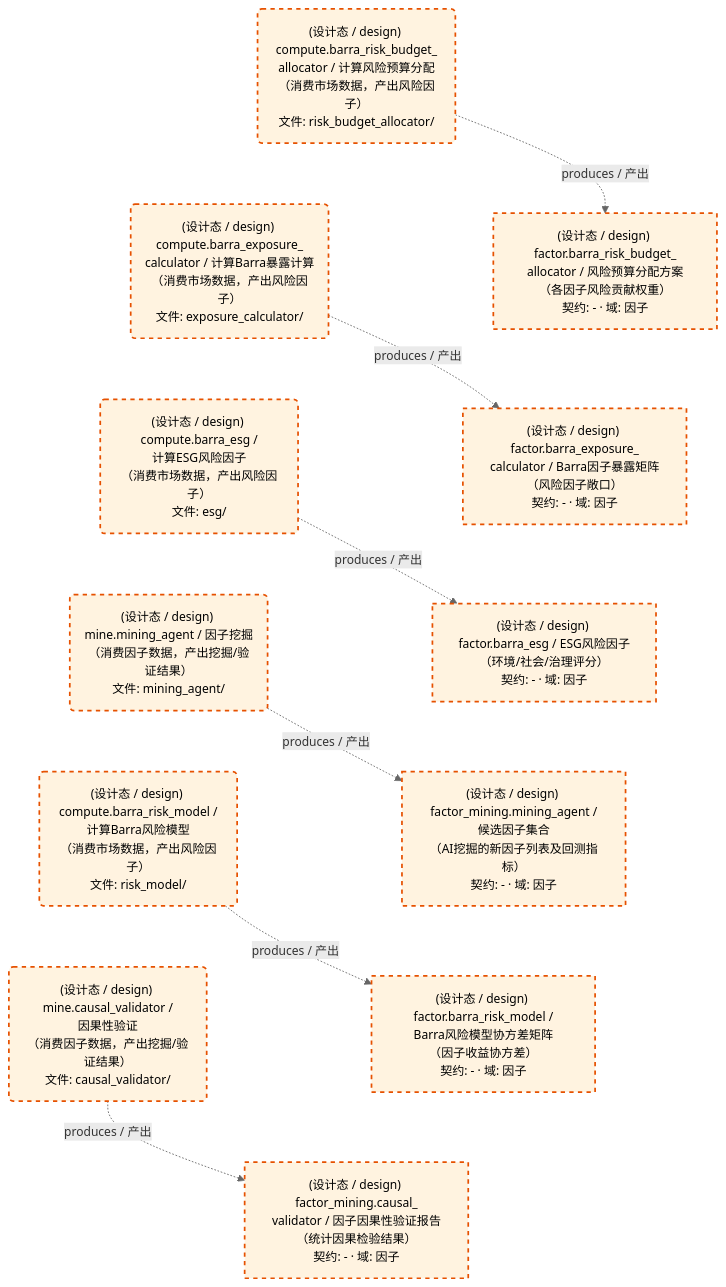
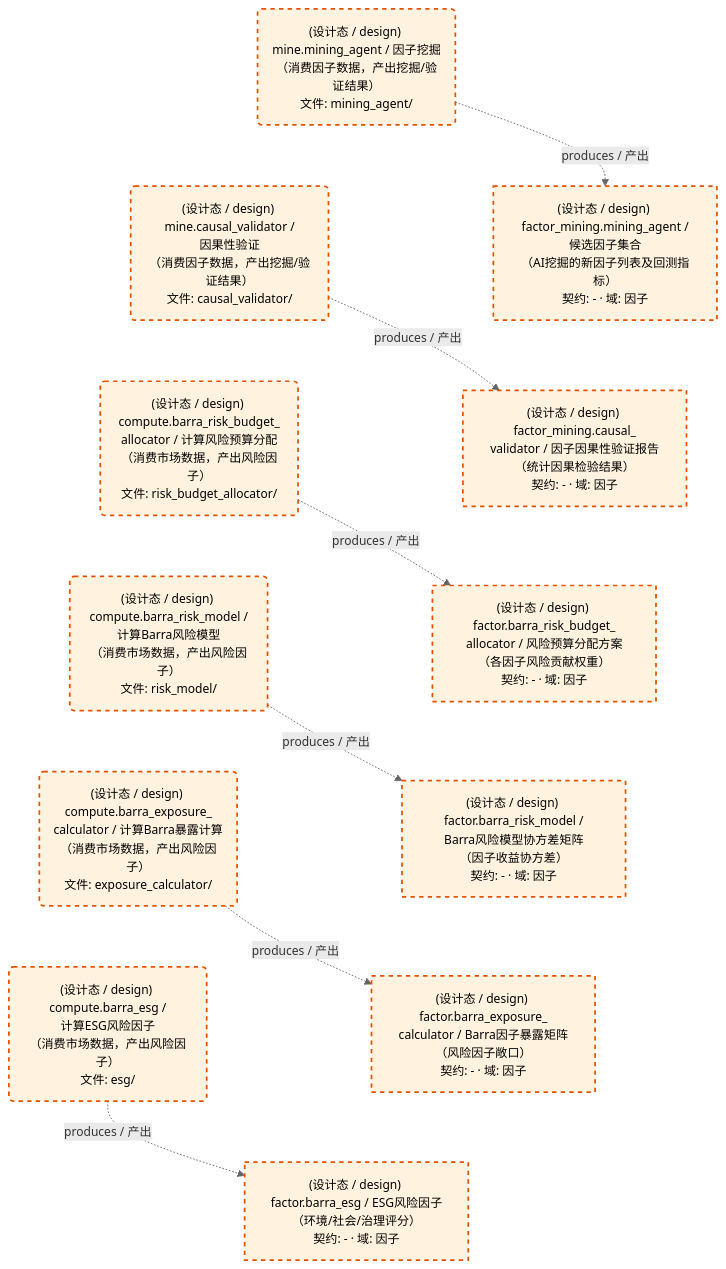
The second of 2 diagrams in docs/02_enterprise_architecture/05_dataflow_architecture/d_factor_barra_mine.md (xuanFelixVan/ZephyrAlpha), drawn with Mermaid before and after one commit. The commit also changed other lines of this file and 13 other files, not shown here.

First line of the commit message:
feat(dataflow): dataflow_production.md → dataflow_panorama.md，运营态+设计态全景一张图看完

````diff
--- a/docs/02_enterprise_architecture/05_dataflow_architecture/d_factor_barra_mine.md
+++ b/docs/02_enterprise_architecture/05_dataflow_architecture/d_factor_barra_mine.md
@@ -95,37 +95,37 @@
 ```mermaid
 %%{init: {'theme': 'base', 'themeVariables': {'primaryColor': '#eaeaea', 'primaryTextColor': '#333333', 'primaryBorderColor': '#666666', 'lineColor': '#666666', 'secondaryColor': '#eaeaea', 'tertiaryColor': '#eaeaea', 'clusterBkg': 'transparent', 'clusterBorder': 'transparent', 'fontSize': '14px'}}}%%
 flowchart TD
     DS11239["(设计态 / design) factor.barra_esg / ESG风险因子<br/>（环境/社会/治理评分）<br/>契约: - · 域: 因子"]
     DS11240["(设计态 / design) factor.barra_exposure_<br/>calculator / Barra因子暴露矩阵<br/>（风险因子敞口）<br/>契约: - · 域: 因子"]
     DS11241["(设计态 / design) factor.barra_risk_budget_<br/>allocator / 风险预算分配方案<br/>（各因子风险贡献权重）<br/>契约: - · 域: 因子"]
     DS11242["(设计态 / design) factor.barra_risk_model /<br/>Barra风险模型协方差矩阵<br/>（因子收益协方差）<br/>契约: - · 域: 因子"]
     DS11243["(设计态 / design) factor_mining.causal_<br/>validator / 因子因果性验证报告<br/>（统计因果检验结果）<br/>契约: - · 域: 因子"]
     DS11244["(设计态 / design) factor_mining.mining_agent /<br/>候选因子集合<br/>（AI挖掘的新因子列表及回测指标）<br/>契约: - · 域: 因子"]
     JOB757603("(设计态 / design) compute.barra_esg /<br/>计算ESG风险因子<br/>（消费市场数据，产出风险因子）<br/>文件: esg/")
     JOB757604("(设计态 / design) compute.barra_exposure_<br/>calculator / 计算Barra暴露计算<br/>（消费市场数据，产出风险因子）<br/>文件: exposure_calculator/")
     JOB757605("(设计态 / design) compute.barra_risk_budget_<br/>allocator / 计算风险预算分配<br/>（消费市场数据，产出风险因子）<br/>文件: risk_budget_allocator/")
     JOB757606("(设计态 / design) compute.barra_risk_model /<br/>计算Barra风险模型<br/>（消费市场数据，产出风险因子）<br/>文件: risk_model/")
     JOB757607("(设计态 / design) mine.causal_validator /<br/>因果性验证<br/>（消费因子数据，产出挖掘/验证结果）<br/>文件: causal_validator/")
     JOB757608("(设计态 / design) mine.mining_agent / 因子挖掘<br/>（消费因子数据，产出挖掘/验证结果）<br/>文件: mining_agent/")
     JOB757603 -.->|produces / 产出| DS11239
     JOB757604 -.->|produces / 产出| DS11240
     JOB757605 -.->|produces / 产出| DS11241
     JOB757606 -.->|produces / 产出| DS11242
     JOB757607 -.->|produces / 产出| DS11243
     JOB757608 -.->|produces / 产出| DS11244
-    JOB757605 ~~~ JOB757604
+    JOB757608 ~~~ JOB757607
+    JOB757607 ~~~ JOB757605
+    JOB757605 ~~~ JOB757606
+    JOB757606 ~~~ JOB757604
     JOB757604 ~~~ JOB757603
-    JOB757603 ~~~ JOB757608
-    JOB757608 ~~~ JOB757606
-    JOB757606 ~~~ JOB757607
-    DS11241 ~~~ DS11240
+    DS11244 ~~~ DS11243
+    DS11243 ~~~ DS11241
+    DS11241 ~~~ DS11242
+    DS11242 ~~~ DS11240
     DS11240 ~~~ DS11239
-    DS11239 ~~~ DS11244
-    DS11244 ~~~ DS11242
-    DS11242 ~~~ DS11243
     classDef production fill:#e1f5fe,stroke:#01579b,stroke-width:2px,color:#000
     classDef design fill:#fff3e0,stroke:#e65100,stroke-width:2px,color:#000,stroke-dasharray: 5 5
     classDef external_prod fill:#e8f4fd,stroke:#0277bd,stroke-width:1px,color:#000
     classDef external_design fill:#fff8e7,stroke:#ef6c00,stroke-width:1px,color:#000,stroke-dasharray: 5 5
     class DS11239,DS11240,DS11241,DS11242,DS11243,DS11244,JOB757603,JOB757604,JOB757605,JOB757606,JOB757607,JOB757608 design
 ```
````
